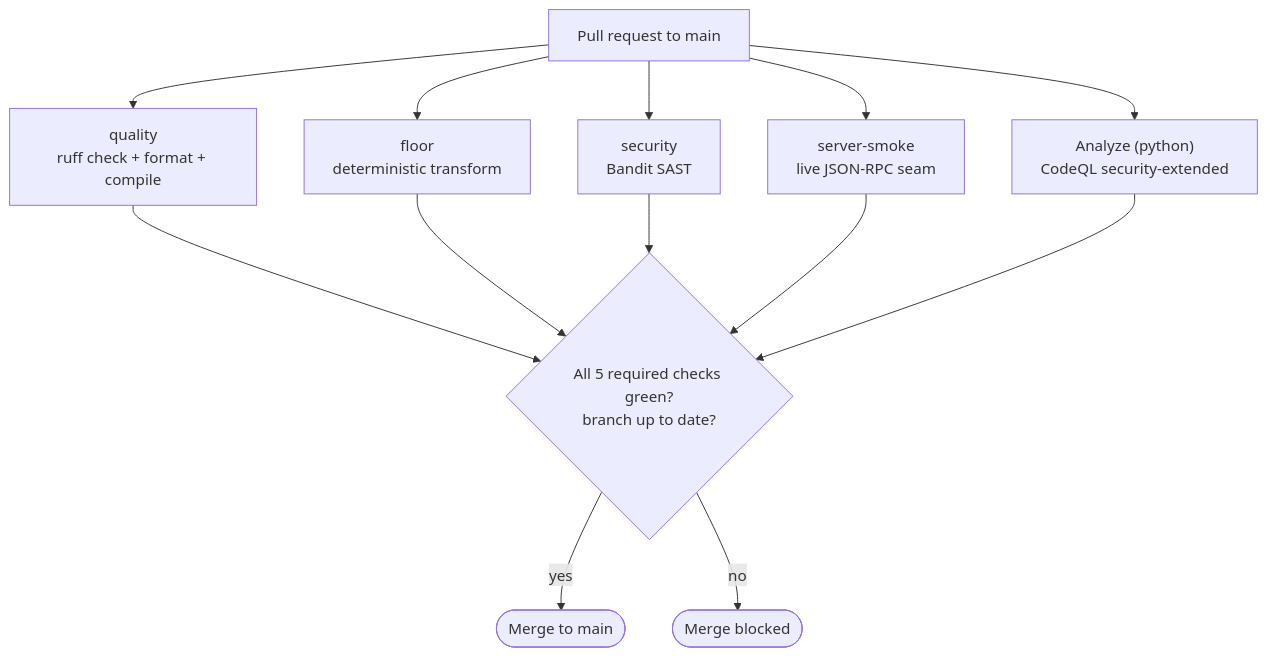
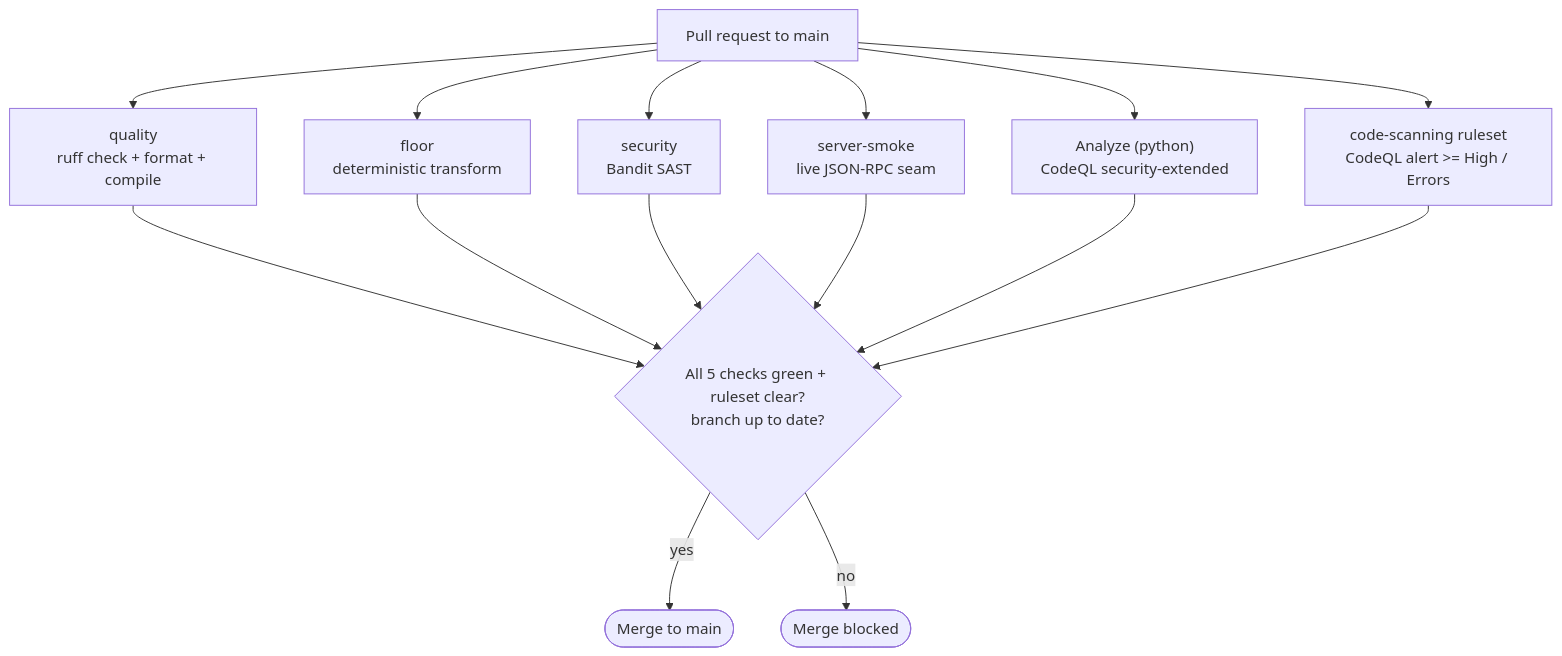
The first of 3 diagrams in CI_CD.md (David-BS/agent-candidate), drawn with Mermaid before and after one commit. The commit also changed other lines of this file, not shown here.

Commit message:
docs(ci): mark code-scanning CodeQL ruleset as enforced (#16)

````diff
--- a/CI_CD.md
+++ b/CI_CD.md
@@ -35,16 +35,18 @@
 ```mermaid
 flowchart TD
     PR["Pull request to main"]
     PR --> Q["quality<br/>ruff check + format + compile"]
     PR --> F["floor<br/>deterministic transform"]
     PR --> S["security<br/>Bandit SAST"]
     PR --> SS["server-smoke<br/>live JSON-RPC seam"]
     PR --> CQ["Analyze (python)<br/>CodeQL security-extended"]
-    Q --> G{"All 5 required checks green?<br/>branch up to date?"}
+    PR --> RS["code-scanning ruleset<br/>CodeQL alert >= High / Errors"]
+    Q --> G{"All 5 checks green + ruleset clear?<br/>branch up to date?"}
     F --> G
     S --> G
     SS --> G
     CQ --> G
+    RS --> G
     G -- yes --> M(["Merge to main"])
     G -- no --> X(["Merge blocked"])
 ```
````
